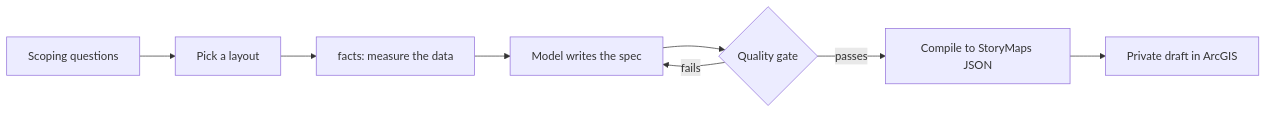
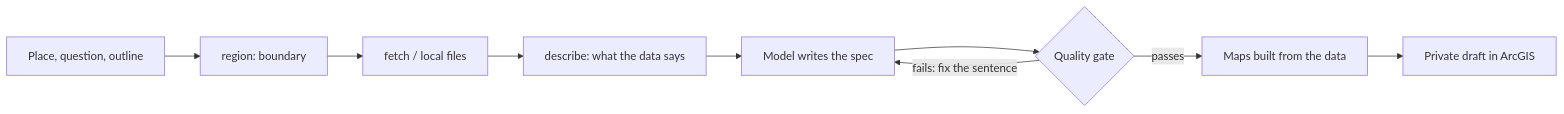
One commit to hazelxue/storymap-gen changed the diagram in README.md. Above: the diagram before and after it, drawn with Mermaid. The commit also changed other lines of this file and 9 other files, not shown here.

First line of the commit message:
Docs: any-place workflow, data sources, claim reference, MCP, security audit

````diff
--- a/README.md
+++ b/README.md
@@ -38,7 +53,11 @@
 ```mermaid
 flowchart LR
-    A[Scoping questions] --> B[Pick a layout] --> C["facts: measure the data"] --> D[Model writes the spec]
-    D --> E{Quality gate}
-    E -- fails --> D
-    E -- passes --> F[Compile to StoryMaps JSON] --> G[Private draft in ArcGIS]
+    A["Place, question, outline"] --> B["region: boundary"]
+    B --> C["fetch / local files"]
+    C --> D["describe: what the data says"]
+    D --> E["Model writes the spec"]
+    E --> F{"Quality gate"}
+    F -- "fails: fix the sentence" --> E
+    F -- passes --> G["Maps built from the data"]
+    G --> H["Private draft in ArcGIS"]
 ```
````
